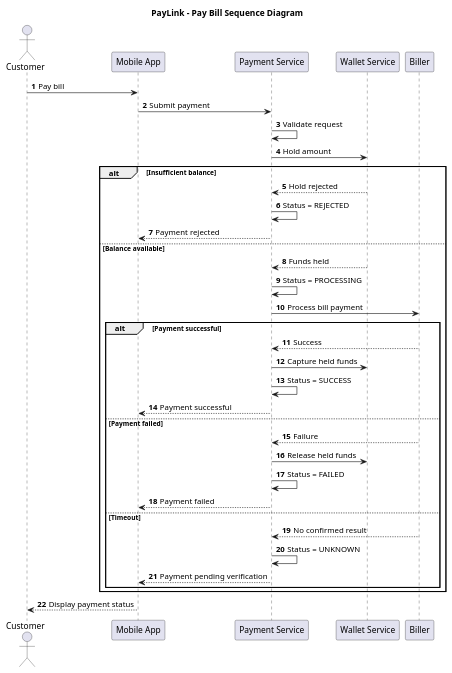
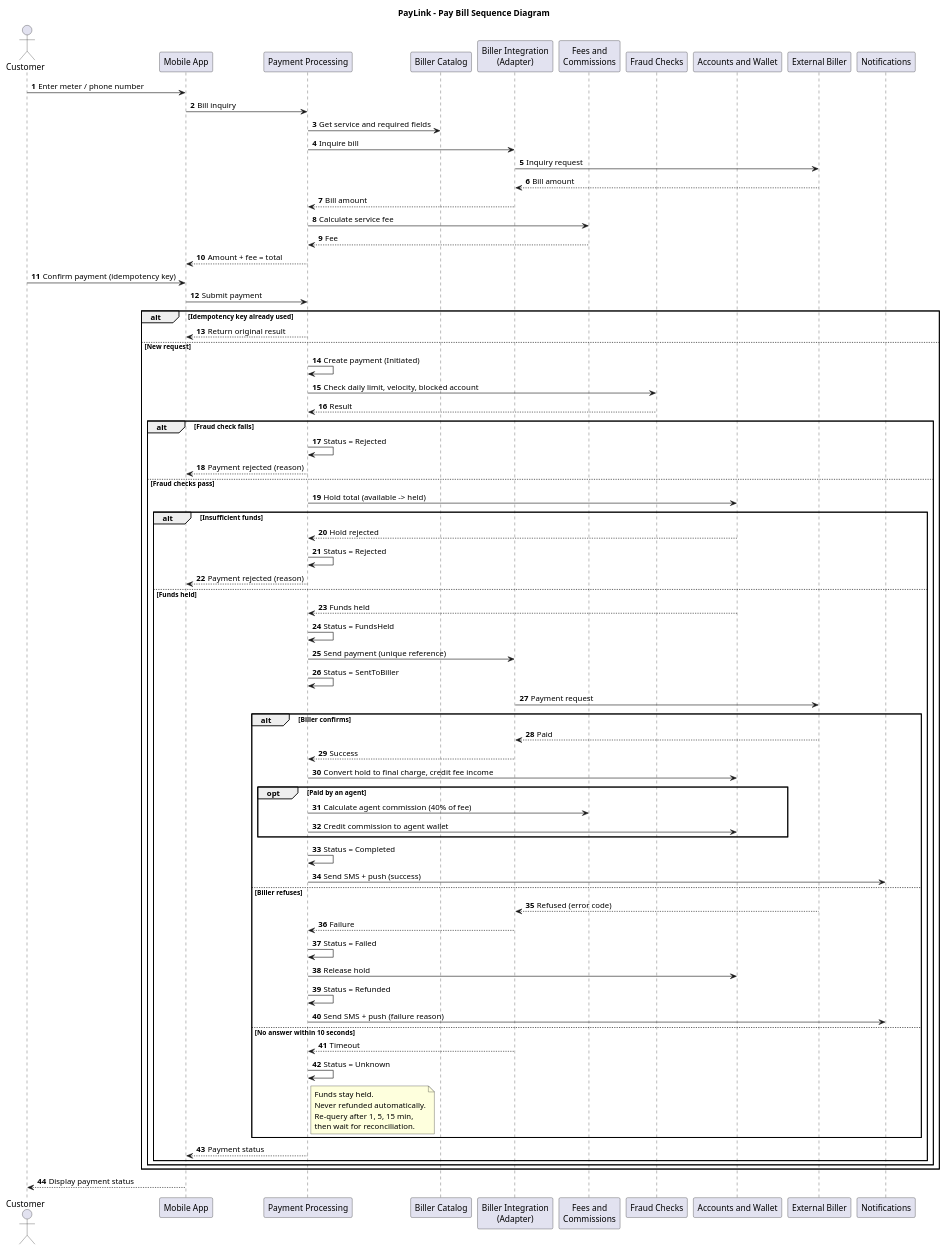
Before and after one commit to nourdeiaa/PayLink: the diagram in docs/design/pay-bill-sequence.puml, drawn with PlantUML. The commit also changed 1 other file, not shown here.

Commit message:
Update class/payBill sequence diagrams

```diff
--- a/docs/design/pay-bill-sequence.puml
+++ b/docs/design/pay-bill-sequence.puml
@@ -1,50 +1,88 @@
 @startuml
 title PayLink - Pay Bill Sequence Diagram
 
 autonumber
 
 actor Customer
 participant "Mobile App" as App
-participant "Payment Service" as Payment
-participant "Wallet Service" as Wallet
-participant "Biller" as Biller
+participant "Payment Processing" as Pay
+participant "Biller Catalog" as Catalog
+participant "Biller Integration\n(Adapter)" as Adapter
+participant "Fees and\nCommissions" as Fees
+participant "Fraud Checks" as Fraud
+participant "Accounts and Wallet" as Wallet
+participant "External Biller" as Biller
+participant "Notifications" as Notif
 
-Customer -> App: Pay bill
-App -> Payment: Submit payment
+Customer -> App: Enter meter / phone number
+App -> Pay: Bill inquiry
+Pay -> Catalog: Get service and required fields
+Pay -> Adapter: Inquire bill
+Adapter -> Biller: Inquiry request
+Biller --> Adapter: Bill amount
+Adapter --> Pay: Bill amount
+Pay -> Fees: Calculate service fee
+Fees --> Pay: Fee
+Pay --> App: Amount + fee = total
+Customer -> App: Confirm payment (idempotency key)
+App -> Pay: Submit payment
 
-Payment -> Payment: Validate request
-Payment -> Wallet: Hold amount
+alt Idempotency key already used
+    Pay --> App: Return original result
+else New request
+    Pay -> Pay: Create payment (Initiated)
+    Pay -> Fraud: Check daily limit, velocity, blocked account
+    Fraud --> Pay: Result
 
-alt Insufficient balance
-    Wallet --> Payment: Hold rejected
-    Payment -> Payment: Status = REJECTED
-    Payment --> App: Payment rejected
+    alt Fraud check fails
+        Pay -> Pay: Status = Rejected
+        Pay --> App: Payment rejected (reason)
+    else Fraud checks pass
+        Pay -> Wallet: Hold total (available -> held)
 
-else Balance available
-    Wallet --> Payment: Funds held
-    Payment -> Payment: Status = PROCESSING
+        alt Insufficient funds
+            Wallet --> Pay: Hold rejected
+            Pay -> Pay: Status = Rejected
+            Pay --> App: Payment rejected (reason)
+        else Funds held
+            Wallet --> Pay: Funds held
+            Pay -> Pay: Status = FundsHeld
+            Pay -> Adapter: Send payment (unique reference)
+            Pay -> Pay: Status = SentToBiller
+            Adapter -> Biller: Payment request
 
-    Payment -> Biller: Process bill payment
-
-    alt Payment successful
-        Biller --> Payment: Success
-        Payment -> Wallet: Capture held funds
-        Payment -> Payment: Status = SUCCESS
-        Payment --> App: Payment successful
-
-    else Payment failed
-        Biller --> Payment: Failure
-        Payment -> Wallet: Release held funds
-        Payment -> Payment: Status = FAILED
-        Payment --> App: Payment failed
-
-    else Timeout
-        Biller --> Payment: No confirmed result
-        Payment -> Payment: Status = UNKNOWN
-        Payment --> App: Payment pending verification
+            alt Biller confirms
+                Biller --> Adapter: Paid
+                Adapter --> Pay: Success
+                Pay -> Wallet: Convert hold to final charge, credit fee income
+                opt Paid by an agent
+                    Pay -> Fees: Calculate agent commission (40% of fee)
+                    Pay -> Wallet: Credit commission to agent wallet
+                end
+                Pay -> Pay: Status = Completed
+                Pay -> Notif: Send SMS + push (success)
+            else Biller refuses
+                Biller --> Adapter: Refused (error code)
+                Adapter --> Pay: Failure
+                Pay -> Pay: Status = Failed
+                Pay -> Wallet: Release hold
+                Pay -> Pay: Status = Refunded
+                Pay -> Notif: Send SMS + push (failure reason)
+            else No answer within 10 seconds
+                Adapter --> Pay: Timeout
+                Pay -> Pay: Status = Unknown
+                note right of Pay
+                  Funds stay held.
+                  Never refunded automatically.
+                  Re-query after 1, 5, 15 min,
+                  then wait for reconciliation.
+                end note
+            end
+            Pay --> App: Payment status
+        end
     end
 end
 
 App --> Customer: Display payment status
 
 @enduml
```
